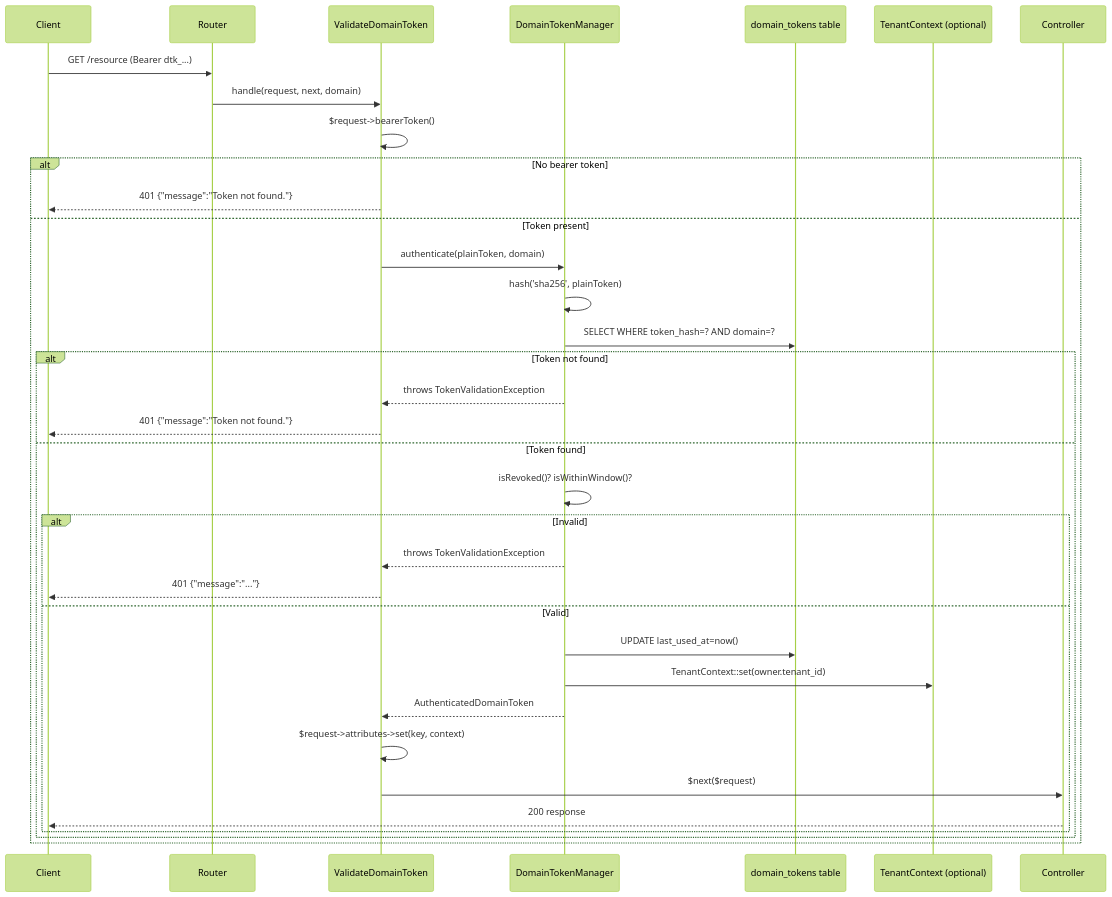
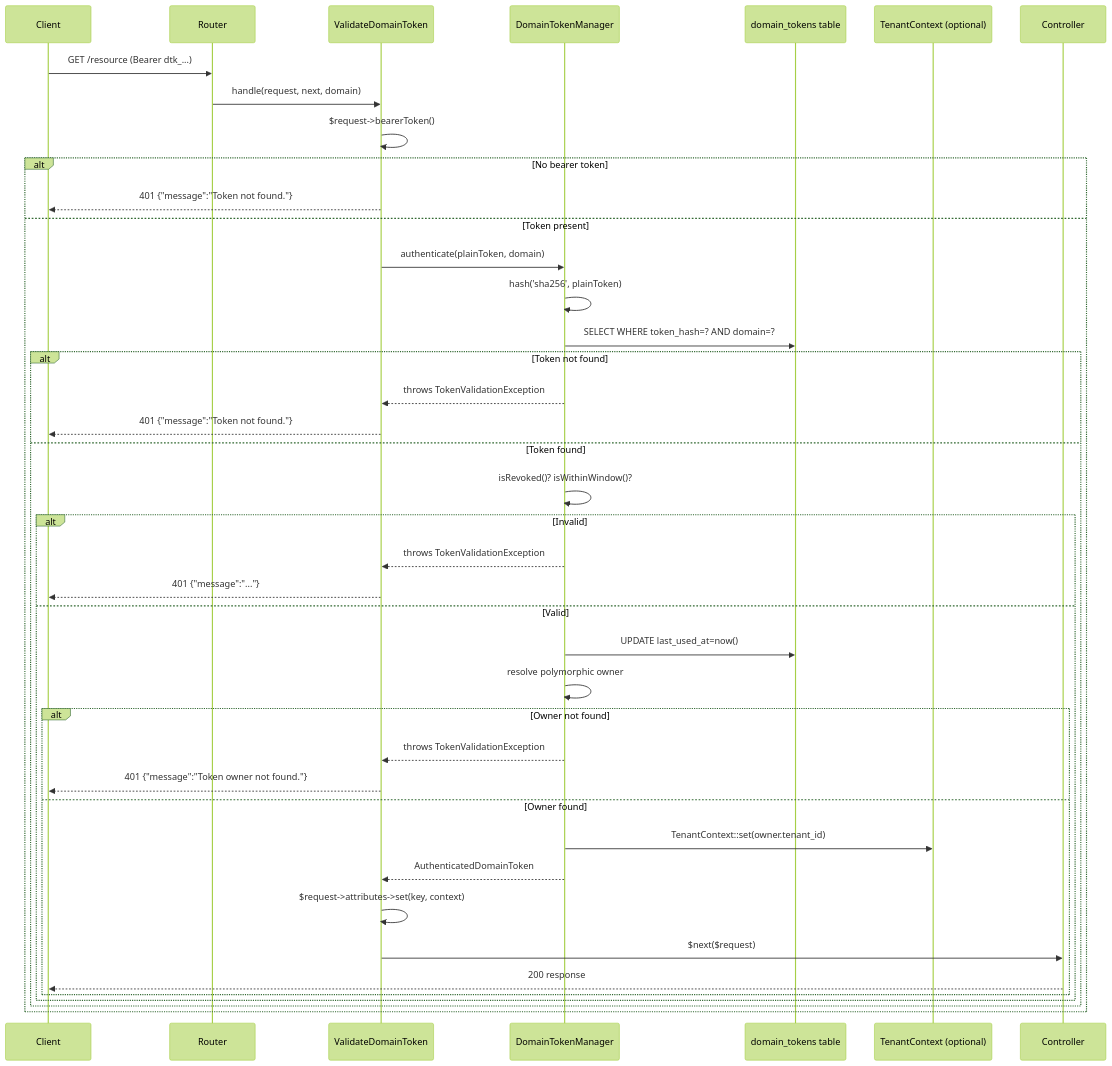
The fourth of 4 diagrams in doc/architecture-diagrams.md (EquidnaMX/domain-token-auth), drawn with Mermaid (forest theme) before and after one commit. The commit also changed 18 other files, not shown here.

````diff
--- a/doc/architecture-diagrams.md
+++ b/doc/architecture-diagrams.md
@@ -181,38 +181,44 @@
 ```mermaid
 sequenceDiagram
     participant Client
     participant Router
     participant Middleware as ValidateDomainToken
     participant Manager as DomainTokenManager
     participant DB as domain_tokens table
     participant BeeHive as TenantContext (optional)
     participant Controller
 
     Client->>Router: GET /resource (Bearer dtk_...)
     Router->>Middleware: handle(request, next, domain)
     Middleware->>Middleware: $request->bearerToken()
     alt No bearer token
         Middleware-->>Client: 401 {"message":"Token not found."}
     else Token present
         Middleware->>Manager: authenticate(plainToken, domain)
         Manager->>Manager: hash('sha256', plainToken)
         Manager->>DB: SELECT WHERE token_hash=? AND domain=?
         alt Token not found
             Manager-->>Middleware: throws TokenValidationException
             Middleware-->>Client: 401 {"message":"Token not found."}
         else Token found
             Manager->>Manager: isRevoked()? isWithinWindow()?
             alt Invalid
                 Manager-->>Middleware: throws TokenValidationException
                 Middleware-->>Client: 401 {"message":"..."}
             else Valid
                 Manager->>DB: UPDATE last_used_at=now()
-                Manager->>BeeHive: TenantContext::set(owner.tenant_id)
-                Manager-->>Middleware: AuthenticatedDomainToken
-                Middleware->>Middleware: $request->attributes->set(key, context)
-                Middleware->>Controller: $next($request)
-                Controller-->>Client: 200 response
+                Manager->>Manager: resolve polymorphic owner
+                alt Owner not found
+                    Manager-->>Middleware: throws TokenValidationException
+                    Middleware-->>Client: 401 {"message":"Token owner not found."}
+                else Owner found
+                    Manager->>BeeHive: TenantContext::set(owner.tenant_id)
+                    Manager-->>Middleware: AuthenticatedDomainToken
+                    Middleware->>Middleware: $request->attributes->set(key, context)
+                    Middleware->>Controller: $next($request)
+                    Controller-->>Client: 200 response
+                end
             end
         end
     end
 ```
````
